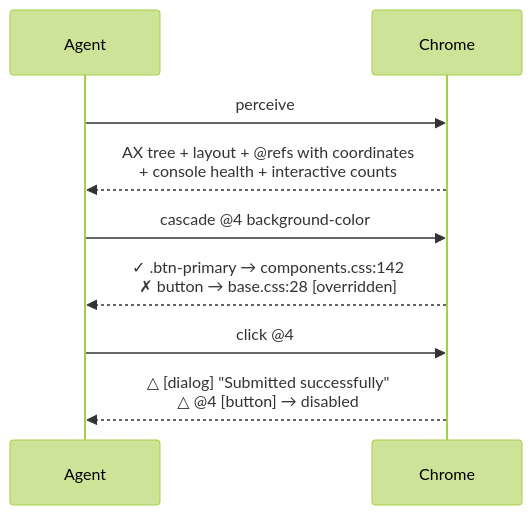
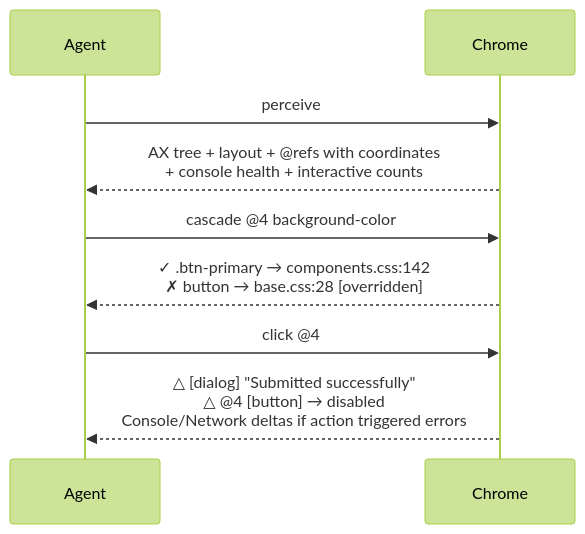
The first of 3 diagrams in README.md (EndeavorYen/chrome-cdp-ex), drawn with Mermaid (forest theme) before and after one commit. The commit also changed other lines of this file and 6 other files, not shown here.

Commit message:
feat: include console network action evidence

````diff
--- a/README.md
+++ b/README.md
@@ -147,14 +147,14 @@
 ```mermaid
 sequenceDiagram
     participant Agent
     participant Chrome
 
     Agent->>Chrome: perceive
     Chrome-->>Agent: AX tree + layout + @refs with coordinates<br/>+ console health + interactive counts
 
     Agent->>Chrome: cascade @4 background-color
     Chrome-->>Agent: ✓ .btn-primary → components.css:142<br/>✗ button → base.css:28 [overridden]
 
     Agent->>Chrome: click @4
-    Chrome-->>Agent: △ [dialog] "Submitted successfully"<br/>△ @4 [button] → disabled
+    Chrome-->>Agent: △ [dialog] "Submitted successfully"<br/>△ @4 [button] → disabled<br/>Console/Network deltas if action triggered errors
 ```
````
